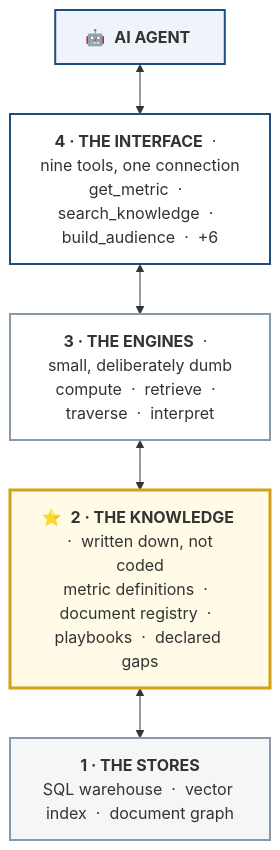
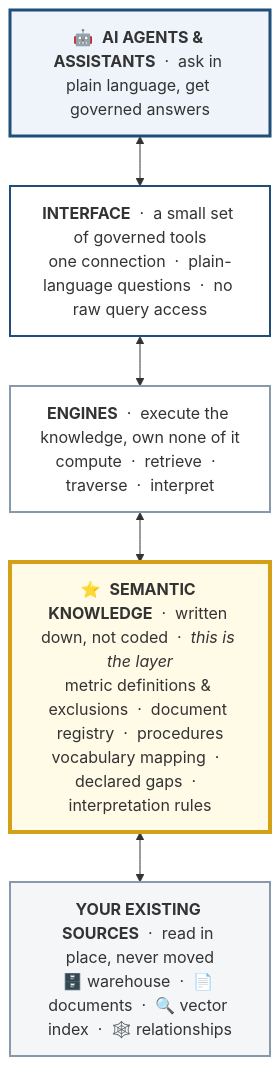
The second of 3 diagrams in README.md (benkohcc/semantic-layer-for-ai-agents), drawn with Mermaid before and after one commit. The commit also changed other lines of this file, not shown here.

````diff
--- a/README.md
+++ b/README.md
@@ -233,19 +110,19 @@
 ```mermaid
 flowchart TB
-    AG["🤖 &nbsp;<b>AI AGENT</b>&nbsp;"]
-    T["<b>4 · THE INTERFACE</b> &nbsp;·&nbsp; nine tools, one connection<br/>get_metric &nbsp;·&nbsp; search_knowledge &nbsp;·&nbsp; build_audience &nbsp;·&nbsp; +6"]
-    E["<b>3 · THE ENGINES</b> &nbsp;·&nbsp; small, deliberately dumb<br/>compute &nbsp;·&nbsp; retrieve &nbsp;·&nbsp; traverse &nbsp;·&nbsp; interpret"]
-    K["⭐ &nbsp;<b>2 · THE KNOWLEDGE</b> &nbsp;·&nbsp; written down, not coded<br/>metric definitions &nbsp;·&nbsp; document registry &nbsp;·&nbsp; playbooks &nbsp;·&nbsp; declared gaps"]
-    D["<b>1 · THE STORES</b><br/>SQL warehouse &nbsp;·&nbsp; vector index &nbsp;·&nbsp; document graph"]
+    AG["🤖 &nbsp;<b>AI AGENTS &amp; ASSISTANTS</b> &nbsp;·&nbsp; ask in plain language, get governed answers"]
+    T["<b>INTERFACE</b> &nbsp;·&nbsp; a small set of governed tools<br/>one connection &nbsp;·&nbsp; plain-language questions &nbsp;·&nbsp; no raw query access"]
+    E["<b>ENGINES</b> &nbsp;·&nbsp; execute the knowledge, own none of it<br/>compute &nbsp;·&nbsp; retrieve &nbsp;·&nbsp; traverse &nbsp;·&nbsp; interpret"]
+    K["⭐ &nbsp;<b>SEMANTIC KNOWLEDGE</b> &nbsp;·&nbsp; written down, not coded &nbsp;·&nbsp; <i>this is the layer</i><br/>metric definitions &amp; exclusions &nbsp;·&nbsp; document registry &nbsp;·&nbsp; procedures<br/>vocabulary mapping &nbsp;·&nbsp; declared gaps &nbsp;·&nbsp; interpretation rules"]
+    SRC["<b>YOUR EXISTING SOURCES</b> &nbsp;·&nbsp; read in place, never moved<br/>🗄️ warehouse &nbsp;·&nbsp; 📄 documents &nbsp;·&nbsp; 🔍 vector index &nbsp;·&nbsp; 🕸️ relationships"]
 
     AG <--> T
     T <--> E
     E <--> K
-    K <--> D
+    K <--> SRC
 
-    style AG fill:#eef4fa,stroke:#1e4e79,stroke-width:2px
+    style AG fill:#eef4fa,stroke:#1e4e79,stroke-width:3px
     style T fill:#ffffff,stroke:#1e4e79,stroke-width:2px
     style E fill:#ffffff,stroke:#8899aa,stroke-width:2px
-    style K fill:#fffbe6,stroke:#d4a017,stroke-width:3px
-    style D fill:#f4f6f8,stroke:#8899aa,stroke-width:2px
+    style K fill:#fffbe6,stroke:#d4a017,stroke-width:4px
+    style SRC fill:#f4f6f8,stroke:#8899aa,stroke-width:2px
 ```
````
